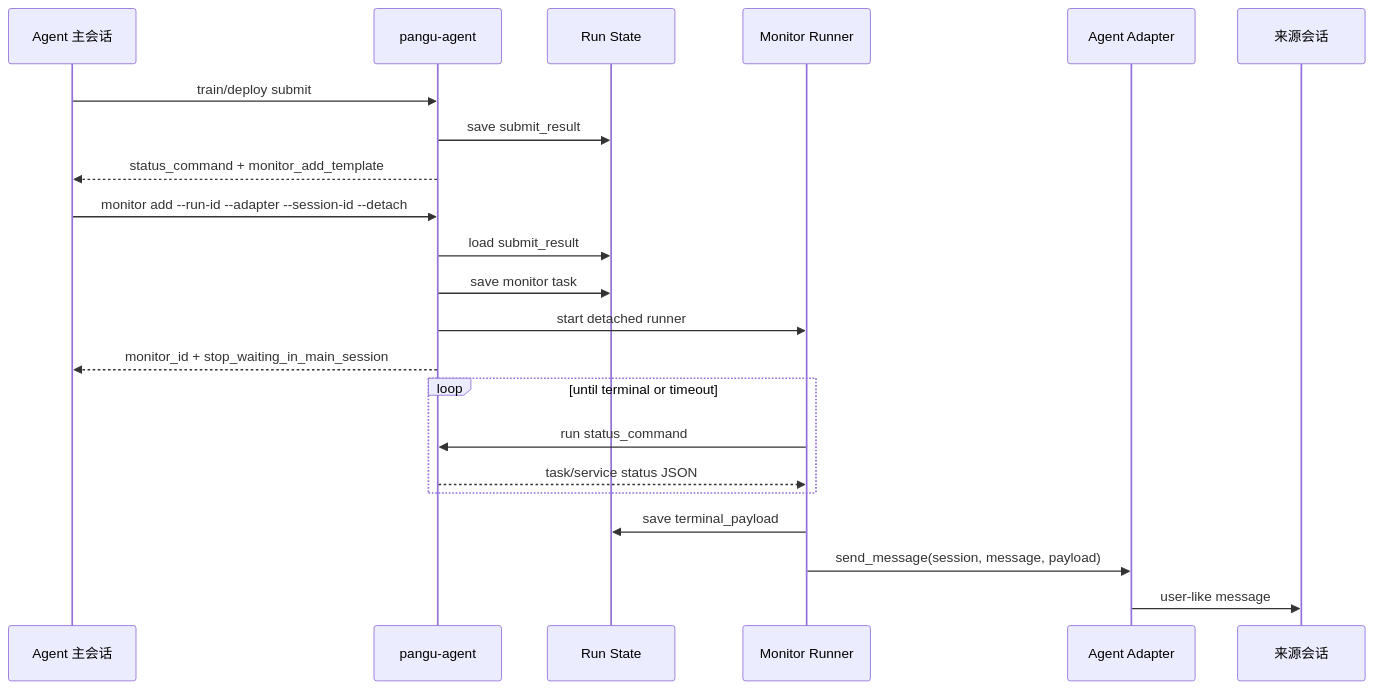
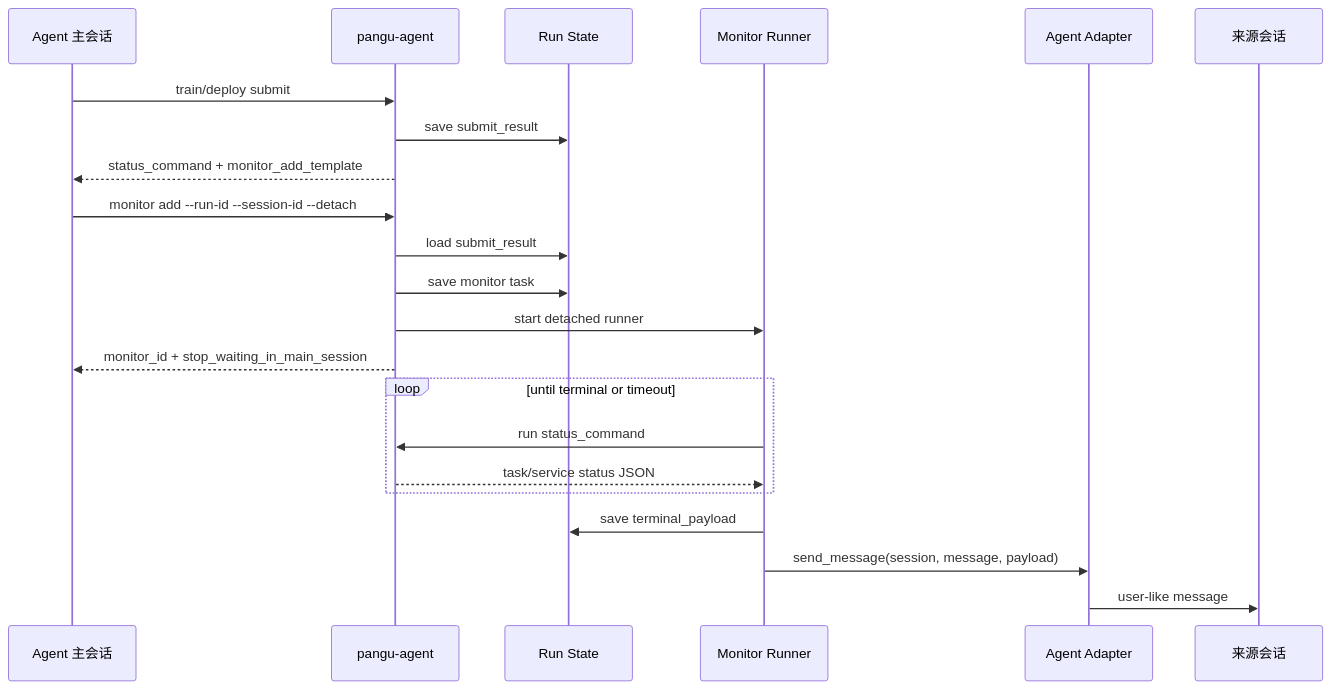
Before and after one commit to saitamahang/Mas_API_cli: the ninth of 9 diagrams in docs/pangu-agent-design-v2.md, drawn with Mermaid. The commit also changed other lines of this file and 11 other files, not shown here.

First line of the commit message:
Use pangu config for default monitor adapter

````diff
--- a/docs/pangu-agent-design-v2.md
+++ b/docs/pangu-agent-design-v2.md
@@ -994,28 +994,28 @@
 ```mermaid
 sequenceDiagram
     participant Agent as Agent 主会话
     participant CLI as pangu-agent
     participant State as Run State
     participant Monitor as Monitor Runner
     participant Adapter as Agent Adapter
     participant Session as 来源会话
 
     Agent->>CLI: train/deploy submit
     CLI->>State: save submit_result
     CLI-->>Agent: status_command + monitor_add_template
 
-    Agent->>CLI: monitor add --run-id --adapter --session-id --detach
+    Agent->>CLI: monitor add --run-id --session-id --detach
     CLI->>State: load submit_result
     CLI->>State: save monitor task
     CLI->>Monitor: start detached runner
     CLI-->>Agent: monitor_id + stop_waiting_in_main_session
 
     loop until terminal or timeout
         Monitor->>CLI: run status_command
         CLI-->>Monitor: task/service status JSON
     end
 
     Monitor->>State: save terminal_payload
     Monitor->>Adapter: send_message(session, message, payload)
     Adapter->>Session: user-like message
 ```
````
